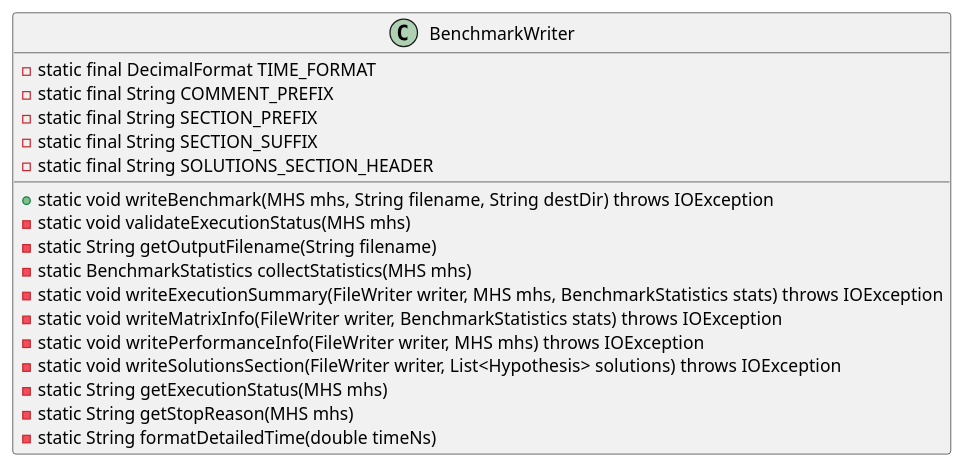
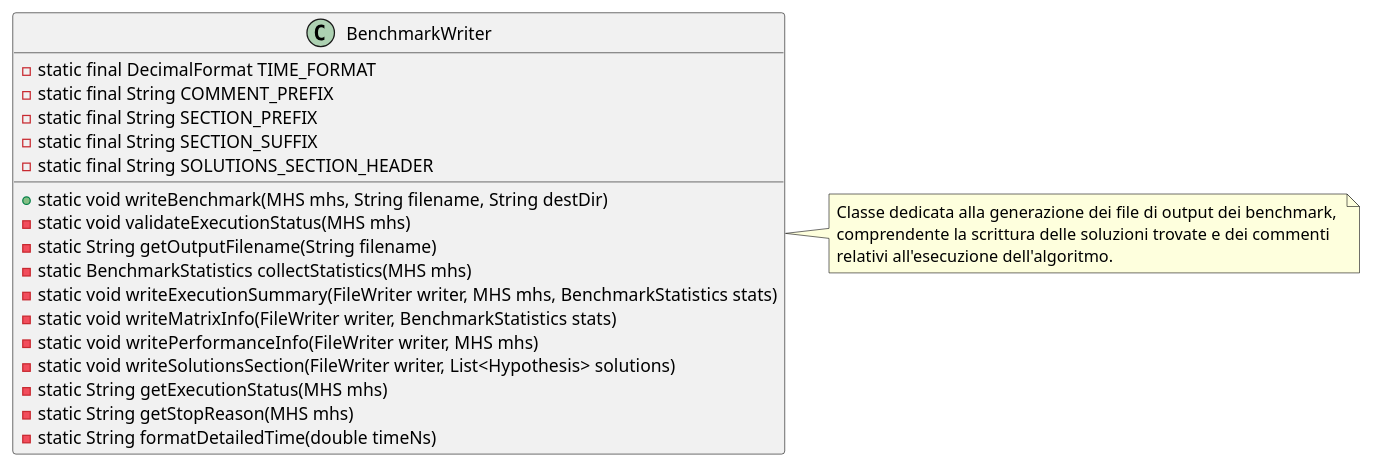
The diagram in src/main/plantuml/BenchmarkWriter.puml (Kevin-L-Github/asd-project), drawn with PlantUML before and after one commit. The commit also changed 13 other files, not shown here.

```diff
--- a/src/main/plantuml/BenchmarkWriter.puml
+++ b/src/main/plantuml/BenchmarkWriter.puml
@@ -1,22 +1,29 @@
 @startuml BenchmarkWriter
 
-    class BenchmarkWriter {
-        - static final DecimalFormat TIME_FORMAT
-        - static final String COMMENT_PREFIX
-        - static final String SECTION_PREFIX
-        - static final String SECTION_SUFFIX
-        - static final String SOLUTIONS_SECTION_HEADER
+class BenchmarkWriter {
+    - static final DecimalFormat TIME_FORMAT
+    - static final String COMMENT_PREFIX
+    - static final String SECTION_PREFIX
+    - static final String SECTION_SUFFIX
+    - static final String SOLUTIONS_SECTION_HEADER
 
-        + static void writeBenchmark(MHS mhs, String filename, String destDir) throws IOException
-        - static void validateExecutionStatus(MHS mhs)
-        - static String getOutputFilename(String filename)
-        - static BenchmarkStatistics collectStatistics(MHS mhs)
-        - static void writeExecutionSummary(FileWriter writer, MHS mhs, BenchmarkStatistics stats) throws IOException
-        - static void writeMatrixInfo(FileWriter writer, BenchmarkStatistics stats) throws IOException
-        - static void writePerformanceInfo(FileWriter writer, MHS mhs) throws IOException
-        - static void writeSolutionsSection(FileWriter writer, List<Hypothesis> solutions) throws IOException
-        - static String getExecutionStatus(MHS mhs)
-        - static String getStopReason(MHS mhs)
-        - static String formatDetailedTime(double timeNs)
-    }
+    + static void writeBenchmark(MHS mhs, String filename, String destDir)
+    - static void validateExecutionStatus(MHS mhs)
+    - static String getOutputFilename(String filename)
+    - static BenchmarkStatistics collectStatistics(MHS mhs)
+    - static void writeExecutionSummary(FileWriter writer, MHS mhs, BenchmarkStatistics stats)
+    - static void writeMatrixInfo(FileWriter writer, BenchmarkStatistics stats)
+    - static void writePerformanceInfo(FileWriter writer, MHS mhs)
+    - static void writeSolutionsSection(FileWriter writer, List<Hypothesis> solutions)
+    - static String getExecutionStatus(MHS mhs)
+    - static String getStopReason(MHS mhs)
+    - static String formatDetailedTime(double timeNs)
+}
+
+note right of BenchmarkWriter
+    Classe dedicata alla generazione dei file di output dei benchmark, 
+    comprendente la scrittura delle soluzioni trovate e dei commenti 
+    relativi all'esecuzione dell'algoritmo.
+end note
+
 @enduml
```
